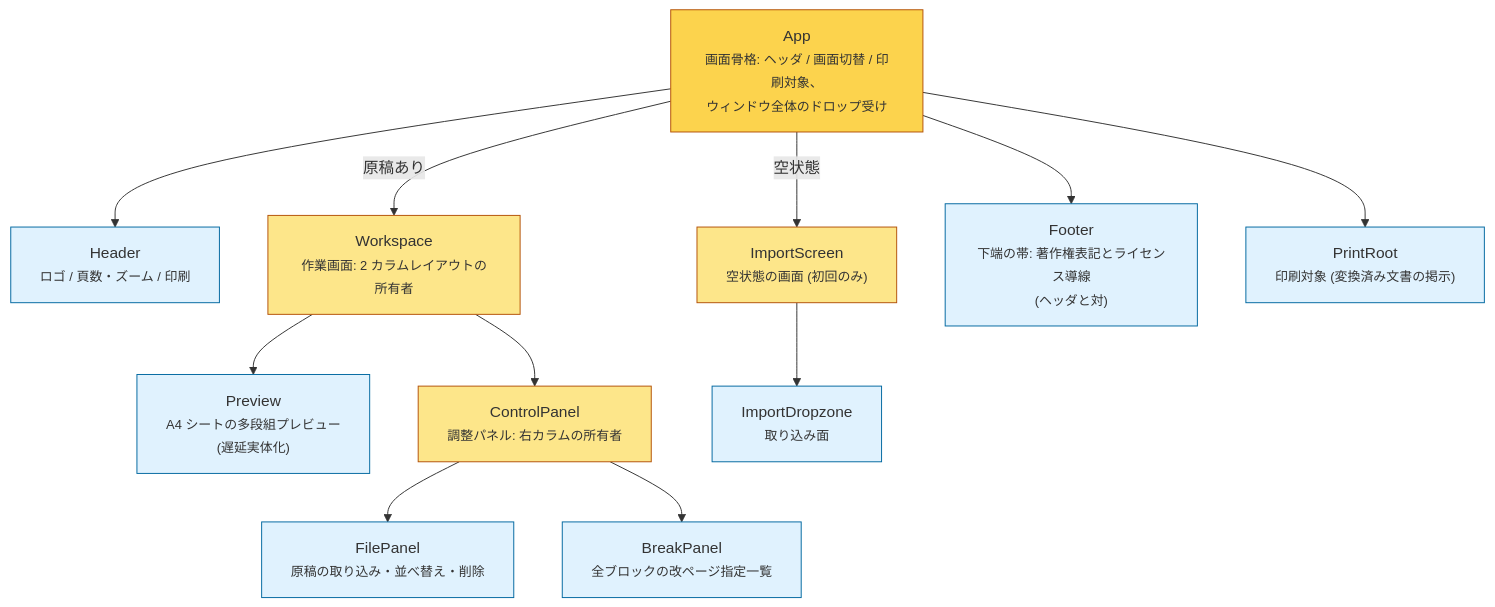
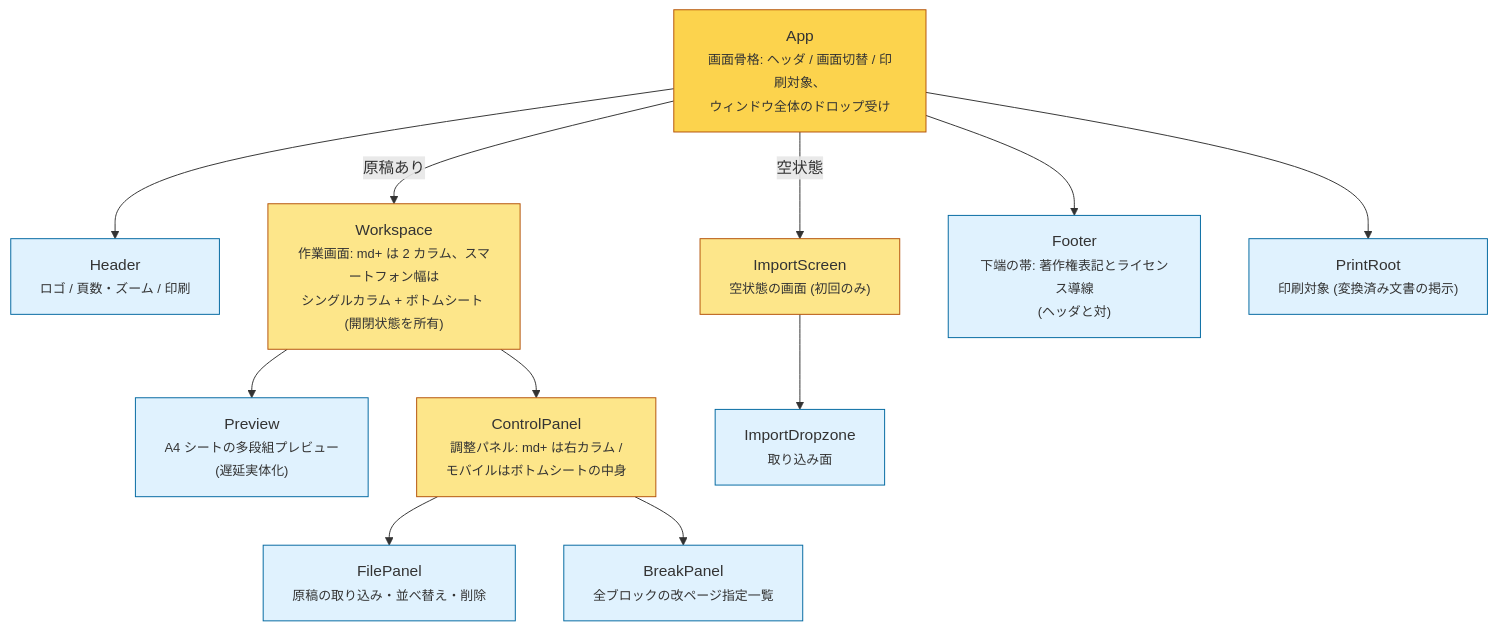
One commit to lacolaco/printmd changed the diagram in docs/component-tree.md. Above: the diagram before and after it, drawn with Mermaid. The commit also changed 3 other files, not shown here.

````diff
--- a/docs/component-tree.md
+++ b/docs/component-tree.md
@@ -5,32 +5,32 @@
 ```mermaid
 flowchart TB
   APP["App<br/><small>画面骨格: ヘッダ / 画面切替 / 印刷対象、<br/>ウィンドウ全体のドロップ受け</small>"]
   HEADER["Header<br/><small>ロゴ / 頁数・ズーム / 印刷</small>"]
-  WS["Workspace<br/><small>作業画面: 2 カラムレイアウトの所有者</small>"]
+  WS["Workspace<br/><small>作業画面: md+ は 2 カラム、スマートフォン幅は<br/>シングルカラム + ボトムシート (開閉状態を所有)</small>"]
   IMPORT["ImportScreen<br/><small>空状態の画面 (初回のみ)</small>"]
   PREVIEW["Preview<br/><small>A4 シートの多段組プレビュー<br/>(遅延実体化)</small>"]
-  PANEL["ControlPanel<br/><small>調整パネル: 右カラムの所有者</small>"]
+  PANEL["ControlPanel<br/><small>調整パネル: md+ は右カラム /<br/>モバイルはボトムシートの中身</small>"]
   FILEP["FilePanel<br/><small>原稿の取り込み・並べ替え・削除</small>"]
   BREAKP["BreakPanel<br/><small>全ブロックの改ページ指定一覧</small>"]
   FOOTER["Footer<br/><small>下端の帯: 著作権表記とライセンス導線<br/>(ヘッダと対)</small>"]
   DROP["ImportDropzone<br/><small>取り込み面</small>"]
   PRINT["PrintRoot<br/><small>印刷対象 (変換済み文書の掲示)</small>"]
 
   APP --> HEADER
   APP --> FOOTER
   APP -->|"原稿あり"| WS
   APP -->|"空状態"| IMPORT
   APP --> PRINT
   WS --> PREVIEW
   WS --> PANEL
   PANEL --> FILEP
   PANEL --> BREAKP
   IMPORT --> DROP
 
   classDef shell fill:#fcd34d,stroke:#b45309
   classDef layout fill:#fde68a,stroke:#b45309
   classDef leaf fill:#e0f2fe,stroke:#0369a1
   class APP shell
   class WS,PANEL,IMPORT layout
   class HEADER,PREVIEW,FILEP,BREAKP,FOOTER,DROP,PRINT leaf
 ```
````
